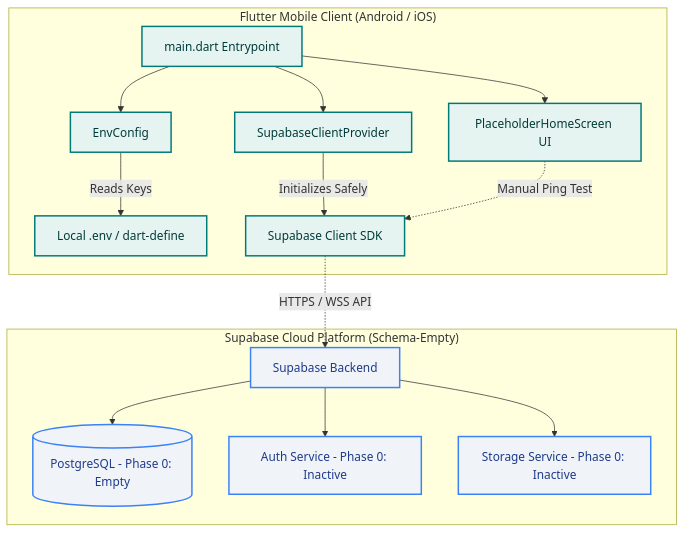
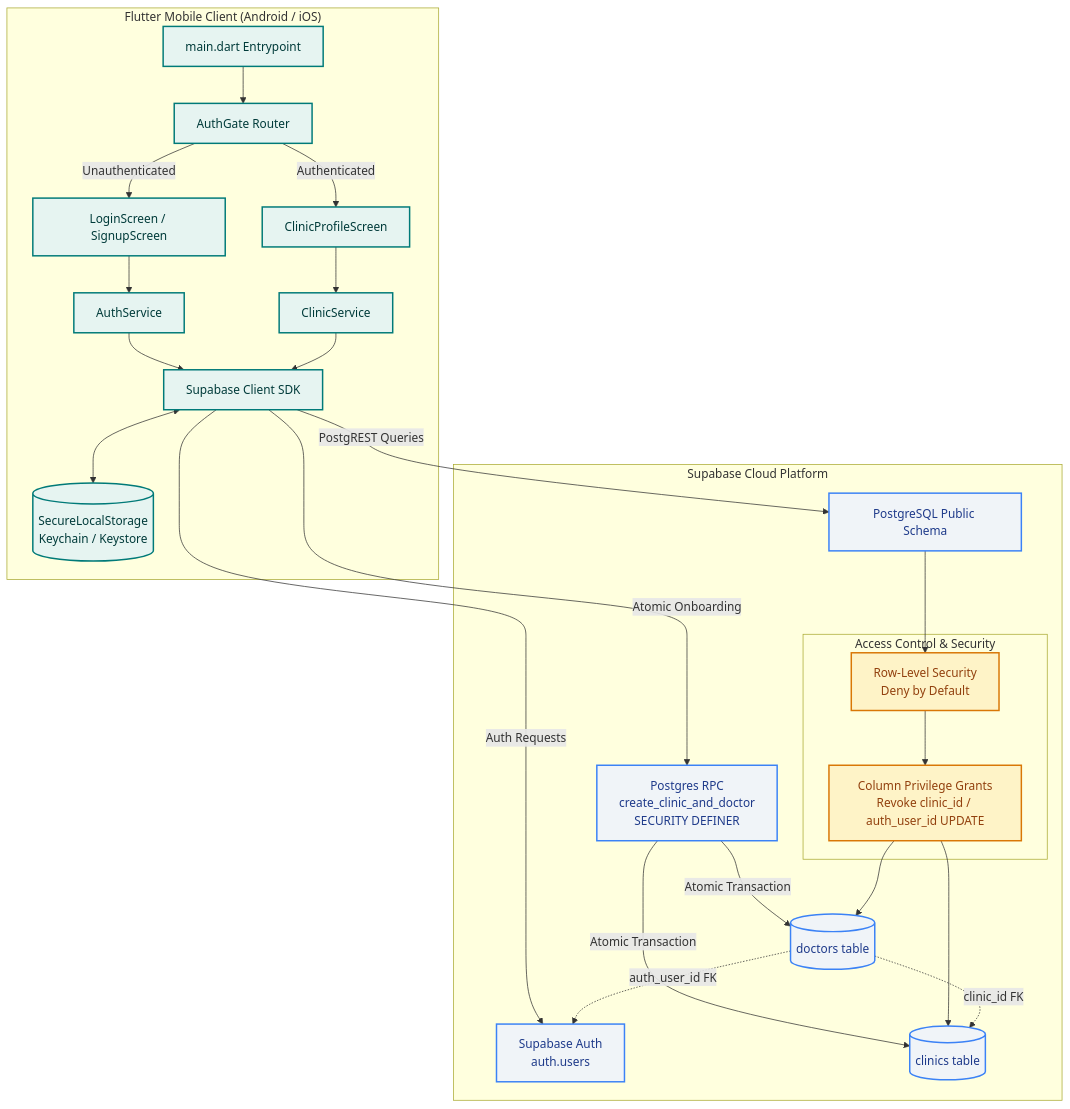
Before and after one commit to Mayank-path/Medico-opd: the diagram in PROJECT_CONTEXT.md, drawn with Mermaid. The commit also changed other lines of this file and 17 other files, not shown here.

Commit message:
feat(auth): implement doctor & clinic onboarding with deny-by-default RLS, atomic RPC, secure storage, and adversarial tests (TASK-001-01)

````diff
--- a/PROJECT_CONTEXT.md
+++ b/PROJECT_CONTEXT.md
@@ -64,23 +92,40 @@
 ```mermaid
 graph TD
     subgraph Client ["Flutter Mobile Client (Android / iOS)"]
-        A[main.dart Entrypoint] --> B[EnvConfig]
-        B -->|Reads Keys| C[Local .env / dart-define]
-        A --> D[SupabaseClientProvider]
-        D -->|Initializes Safely| E[Supabase Client SDK]
-        A --> F[PlaceholderHomeScreen UI]
-        F -.->|Manual Ping Test| E
+        A[main.dart Entrypoint] --> B[AuthGate Router]
+        B -->|Unauthenticated| C[LoginScreen / SignupScreen]
+        B -->|Authenticated| D[ClinicProfileScreen]
+        C --> E[AuthService]
+        D --> F[ClinicService]
+        E --> G[Supabase Client SDK]
+        F --> G
+        G <--> H[(SecureLocalStorage<br/>Keychain / Keystore)]
     end
 
-    subgraph Backend ["Supabase Cloud Platform (Schema-Empty)"]
-        E -.->|HTTPS / WSS API| G[Supabase Backend]
-        G --> H[(PostgreSQL - Phase 0: Empty)]
-        G --> I[Auth Service - Phase 0: Inactive]
-        G --> J[Storage Service - Phase 0: Inactive]
+    subgraph Supabase ["Supabase Cloud Platform"]
+        G -->|Auth Requests| I[Supabase Auth<br/>auth.users]
+        G -->|Atomic Onboarding| J[Postgres RPC<br/>create_clinic_and_doctor<br/>SECURITY DEFINER]
+        G -->|PostgREST Queries| K[PostgreSQL Public Schema]
+        
+        subgraph Security ["Access Control & Security"]
+            L[Row-Level Security<br/>Deny by Default]
+            M[Column Privilege Grants<br/>Revoke clinic_id / auth_user_id UPDATE]
+        end
+
+        J -->|Atomic Transaction| N[(clinics table)]
+        J -->|Atomic Transaction| O[(doctors table)]
+        K --> L
+        L --> M
+        M --> N
+        M --> O
+        O -.->|auth_user_id FK| I
+        O -.->|clinic_id FK| N
     end
 
     classDef clientStyle fill:#E6F4F1,stroke:#007A78,stroke-width:2px,color:#003B3A;
     classDef backendStyle fill:#F0F4F8,stroke:#3B82F6,stroke-width:2px,color:#1E3A8A;
-    class A,B,C,D,E,F clientStyle;
-    class G,H,I,J backendStyle;
+    classDef secStyle fill:#FEF3C7,stroke:#D97706,stroke-width:2px,color:#92400E;
+    class A,B,C,D,E,F,G,H clientStyle;
+    class I,J,K,N,O backendStyle;
+    class L,M secStyle;
 ```
````
